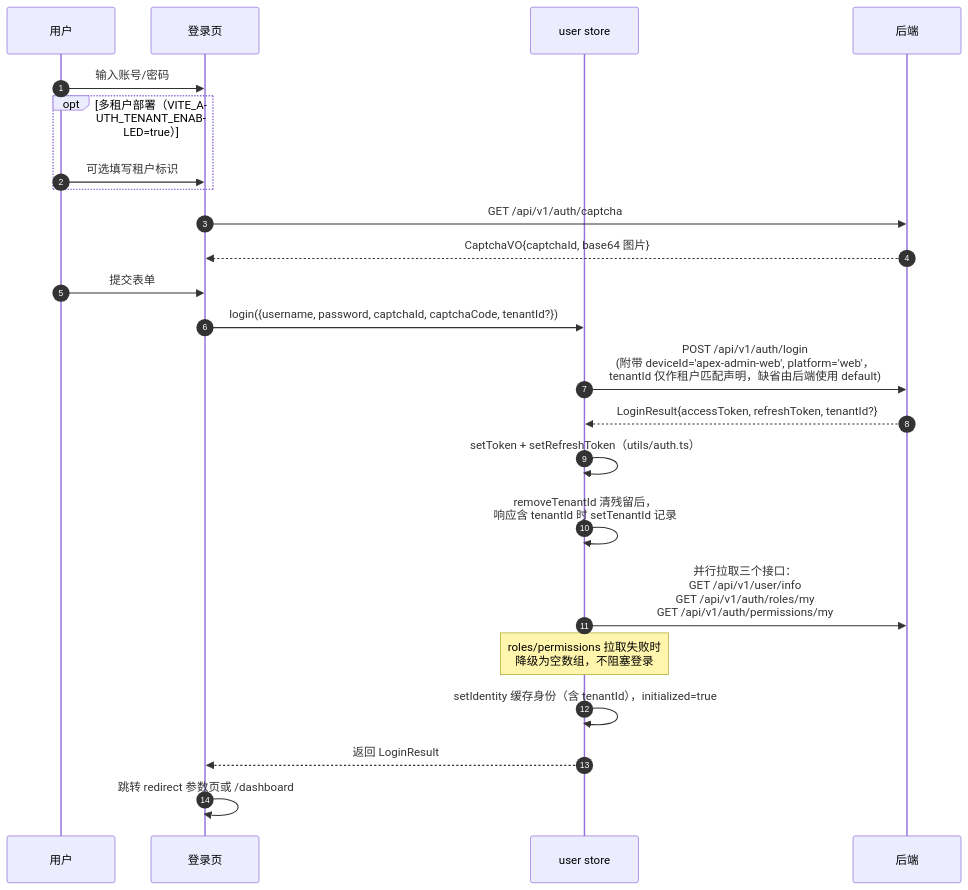
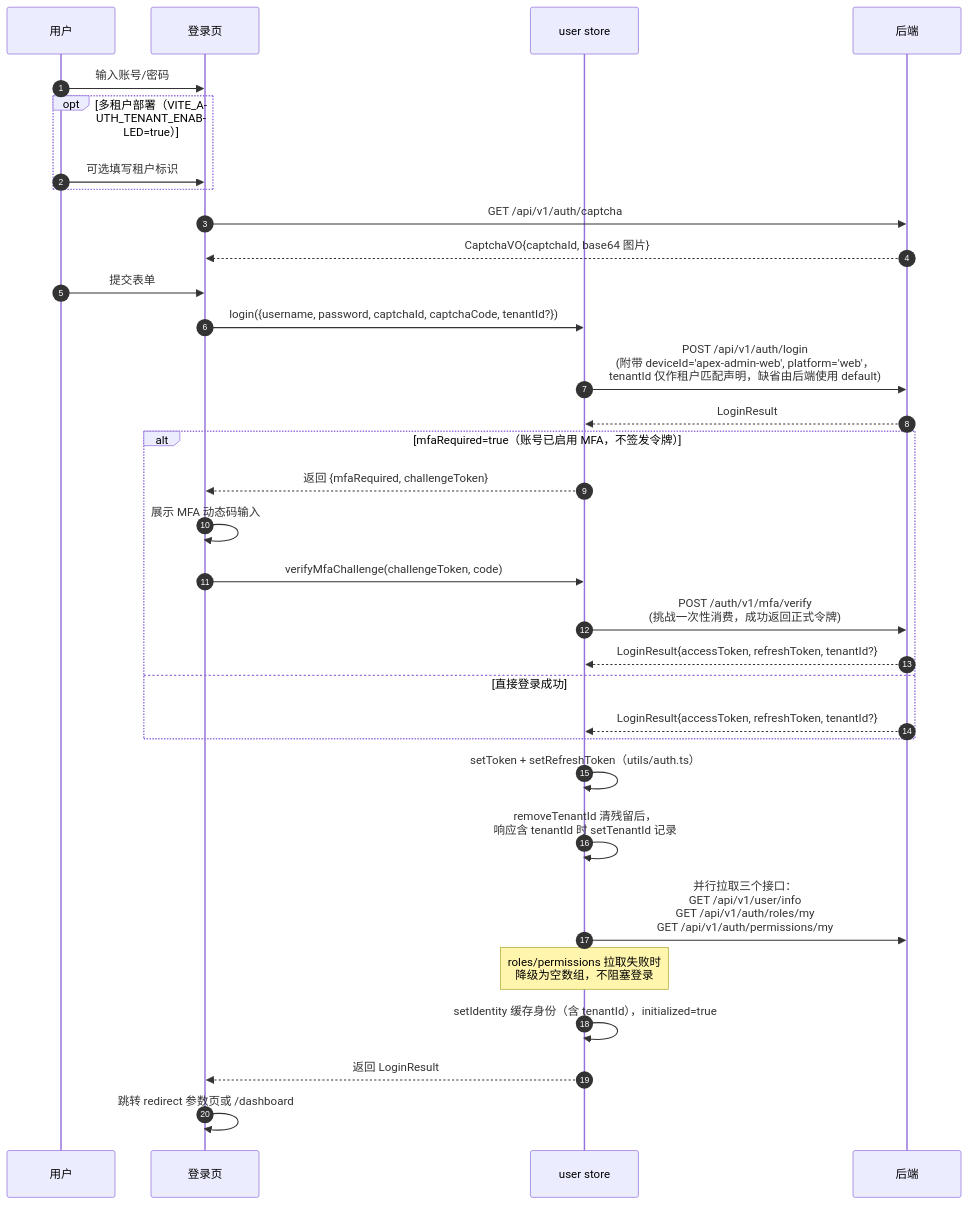
The first of 6 diagrams in docs/architecture/auth-and-routing.md (apex-cloud-service/apex-admin-web), drawn with Mermaid before and after one commit. The commit also changed other lines of this file and 22 other files, not shown here.

````diff
--- a/docs/architecture/auth-and-routing.md
+++ b/docs/architecture/auth-and-routing.md
@@ -24,26 +24,35 @@
 ```mermaid
 sequenceDiagram
     autonumber
     participant U as 用户
     participant L as 登录页
     participant S as user store
     participant B as 后端
 
     U->>L: 输入账号/密码
     opt 多租户部署（VITE_AUTH_TENANT_ENABLED=true）
         U->>L: 可选填写租户标识
     end
     L->>B: GET /api/v1/auth/captcha
     B-->>L: CaptchaVO{captchaId, base64 图片}
     U->>L: 提交表单
     L->>S: login({username, password, captchaId, captchaCode, tenantId?})
     S->>B: POST /api/v1/auth/login<br/>(附带 deviceId='apex-admin-web', platform='web'，<br/>tenantId 仅作租户匹配声明，缺省由后端使用 default)
-    B-->>S: LoginResult{accessToken, refreshToken, tenantId?}
+    B-->>S: LoginResult
+    alt mfaRequired=true（账号已启用 MFA，不签发令牌）
+        S-->>L: 返回 {mfaRequired, challengeToken}
+        L->>L: 展示 MFA 动态码输入
+        L->>S: verifyMfaChallenge(challengeToken, code)
+        S->>B: POST /auth/v1/mfa/verify<br/>(挑战一次性消费，成功返回正式令牌)
+        B-->>S: LoginResult{accessToken, refreshToken, tenantId?}
+    else 直接登录成功
+        B-->>S: LoginResult{accessToken, refreshToken, tenantId?}
+    end
     S->>S: setToken + setRefreshToken（utils/auth.ts）
     S->>S: removeTenantId 清残留后，<br/>响应含 tenantId 时 setTenantId 记录
     S->>B: 并行拉取三个接口：<br/>GET /api/v1/user/info<br/>GET /api/v1/auth/roles/my<br/>GET /api/v1/auth/permissions/my
     Note over S: roles/permissions 拉取失败时<br/>降级为空数组，不阻塞登录
     S->>S: setIdentity 缓存身份（含 tenantId），initialized=true
     S-->>L: 返回 LoginResult
     L->>L: 跳转 redirect 参数页或 /dashboard
 ```
````
